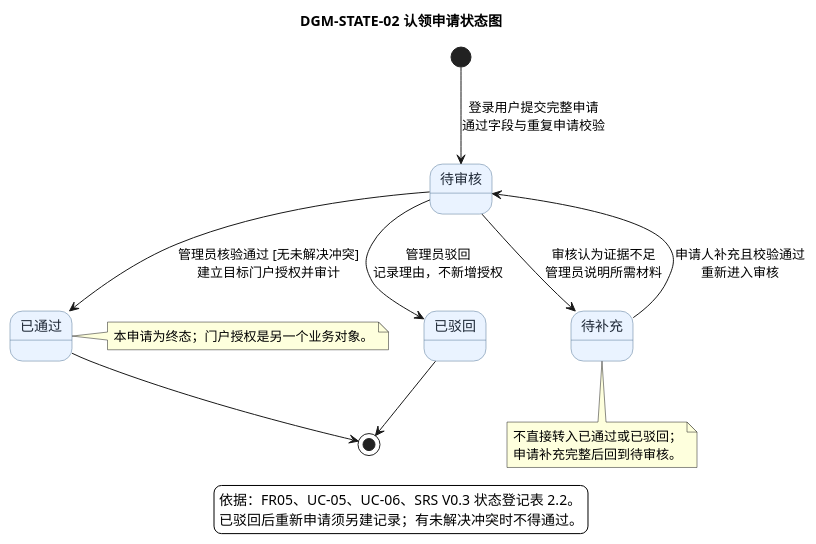
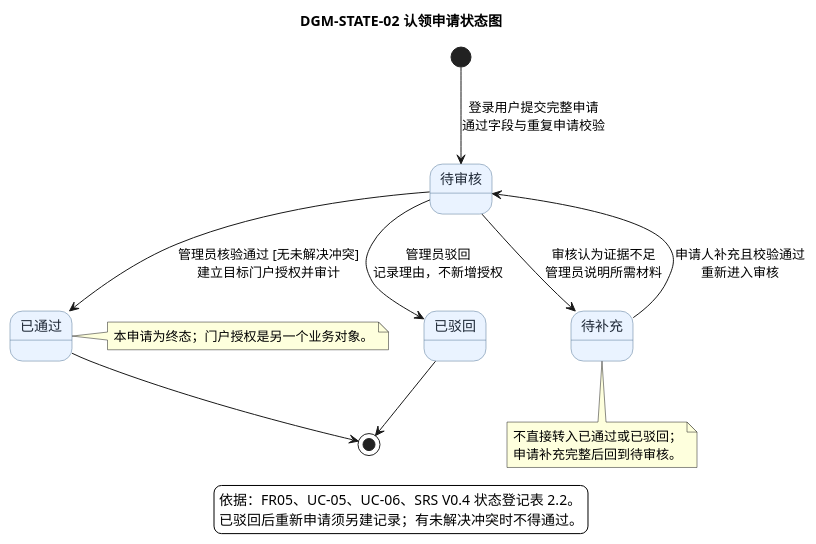
The diagram in docs/uml/claim-state/DGM-STATE-02-claim-application.puml (FloatingSoul423/OvO_-), drawn with PlantUML before and after one commit. The commit also changed 36 other files, not shown here.

Commit message:
docs(uml): complete diagram sources and rendered artifacts

```diff
--- a/docs/uml/claim-state/DGM-STATE-02-claim-application.puml
+++ b/docs/uml/claim-state/DGM-STATE-02-claim-application.puml
@@ -1,36 +1,36 @@
 @startuml
 title DGM-STATE-02 认领申请状态图
 
 skinparam backgroundColor white
 skinparam shadowing false
 skinparam state {
   BackgroundColor #EAF3FF
   BorderColor #537494
   FontColor #1F2937
 }
 
 [*] --> 待审核 : 登录用户提交完整申请\n通过字段与重复申请校验
 
 待审核 --> 待补充 : 审核认为证据不足\n管理员说明所需材料
 待补充 --> 待审核 : 申请人补充且校验通过\n重新进入审核
 
 待审核 --> 已通过 : 管理员核验通过 [无未解决冲突]\n建立目标门户授权并审计
 待审核 --> 已驳回 : 管理员驳回\n记录理由，不新增授权
 
 已通过 --> [*]
 已驳回 --> [*]
 
 note bottom of 待补充
   不直接转入已通过或已驳回；
   申请补充完整后回到待审核。
 end note
 
 note right of 已通过
   本申请为终态；门户授权是另一个业务对象。
 end note
 
 legend bottom
-  依据：FR05、UC-05、UC-06、SRS V0.3 状态登记表 2.2。
+  依据：FR05、UC-05、UC-06、SRS V0.4 状态登记表 2.2。
   已驳回后重新申请须另建记录；有未解决冲突时不得通过。
 endlegend
 @enduml
```
